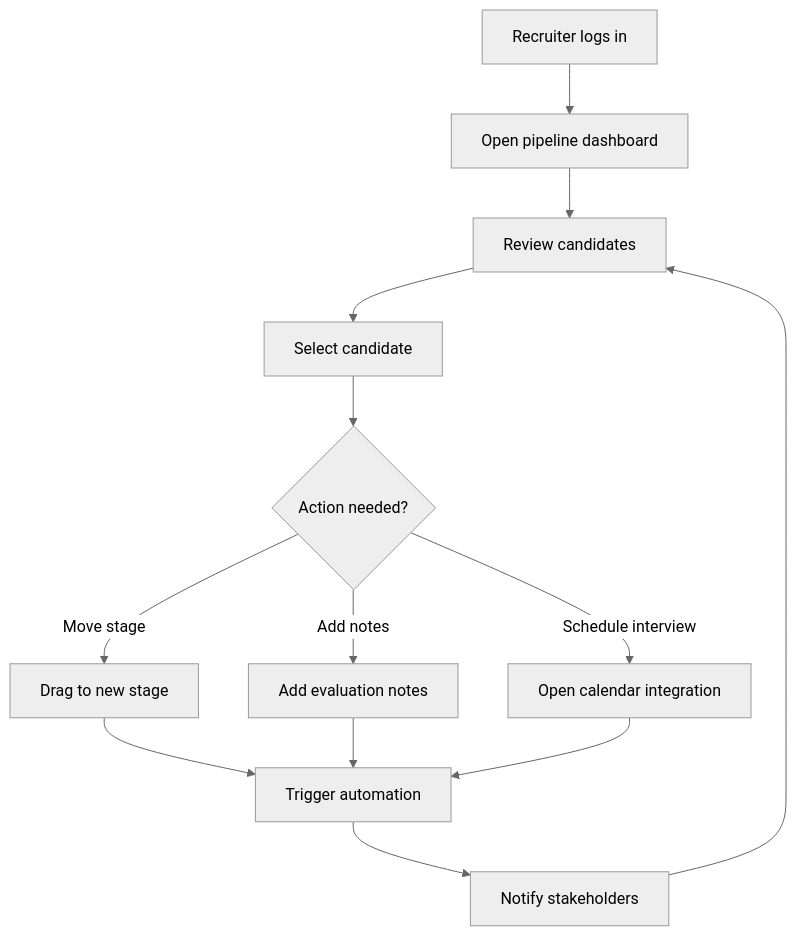
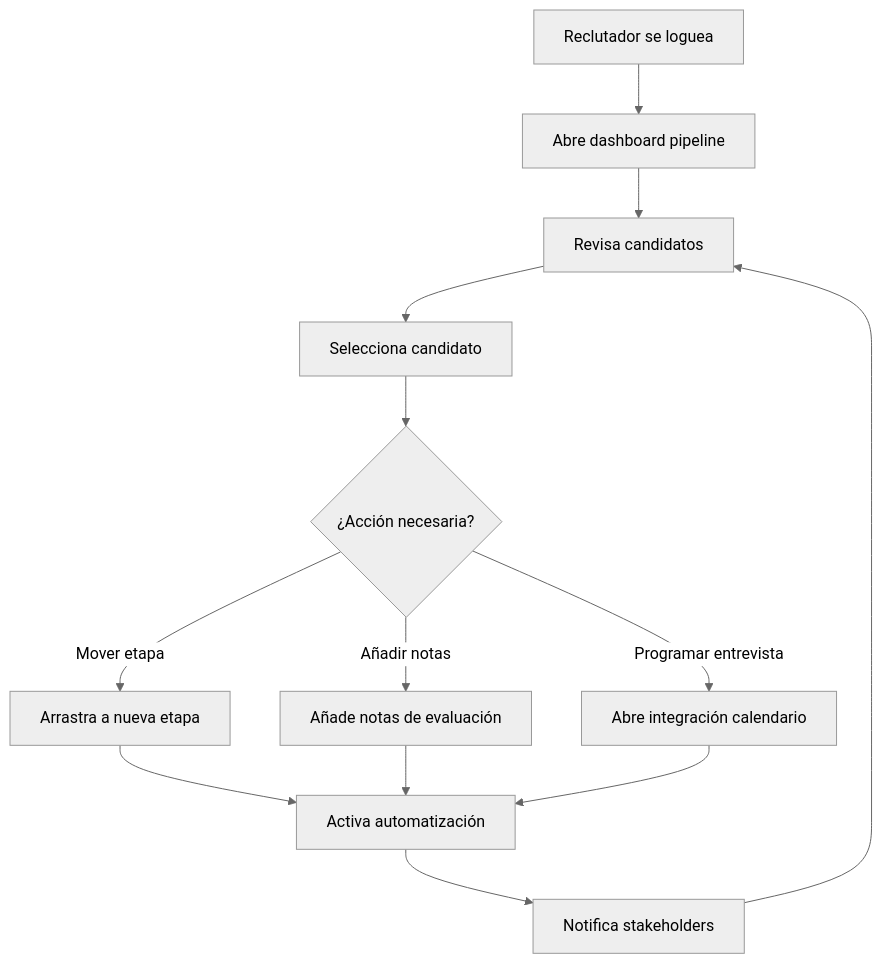
The second of 8 diagrams in LTI-GG/LTI-GG.md (herman-aukera/AI4Devs-design-1-RO-1), drawn with Mermaid (neutral theme) before and after one commit. The commit also changed other lines of this file and 1 other file, not shown here.

````diff
--- a/LTI-GG/LTI-GG.md
+++ b/LTI-GG/LTI-GG.md
@@ -183,15 +153,15 @@
 ```mermaid
 graph TD
-    A[Recruiter logs in] --> B[Open pipeline dashboard]
-    B --> C[Review candidates]
-    C --> D[Select candidate]
-    D --> E{Action needed?}
-    E -->|Move stage| F[Drag to new stage]
-    E -->|Add notes| G[Add evaluation notes]
-    E -->|Schedule interview| H[Open calendar integration]
-    F --> I[Trigger automation]
+    A[Reclutador se loguea] --> B[Abre dashboard pipeline]
+    B --> C[Revisa candidatos]
+    C --> D[Selecciona candidato]
+    D --> E{¿Acción necesaria?}
+    E -->|Mover etapa| F[Arrastra a nueva etapa]
+    E -->|Añadir notas| G[Añade notas de evaluación]
+    E -->|Programar entrevista| H[Abre integración calendario]
+    F --> I[Activa automatización]
     G --> I
     H --> I
-    I --> J[Notify stakeholders]
+    I --> J[Notifica stakeholders]
     J --> C
 ```
````
